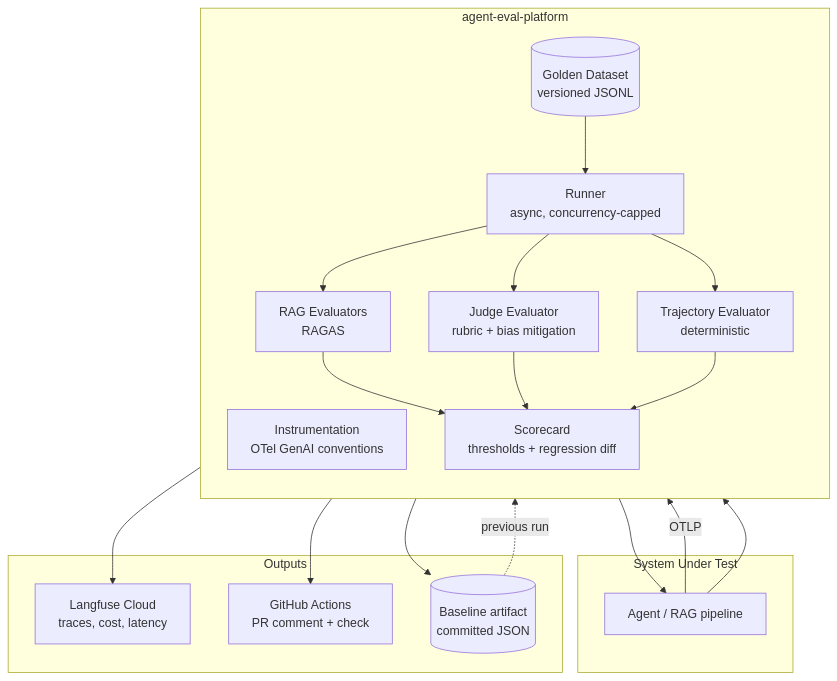
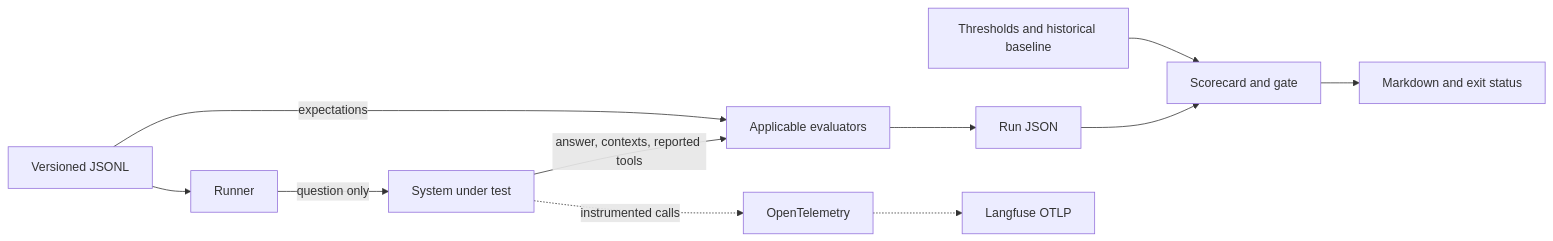
One commit to marvicqui/agent-eval-platform changed the diagram in README.md. Above: the diagram before and after it, drawn with Mermaid. The commit also changed other lines of this file and 20 other files, not shown here.

````diff
--- a/README.md
+++ b/README.md
@@ -21,31 +60,13 @@
 ```mermaid
-flowchart TB
-    subgraph SUT["System Under Test"]
-        A[Agent / RAG pipeline]
-    end
-
-    subgraph AEP["agent-eval-platform"]
-        direction TB
-        I[Instrumentation<br/>OTel GenAI conventions]
-        D[(Golden Dataset<br/>versioned JSONL)]
-        R[Runner<br/>async, concurrency-capped]
-        E1[RAG Evaluators<br/>RAGAS]
-        E2[Judge Evaluator<br/>rubric + bias mitigation]
-        E3[Trajectory Evaluator<br/>deterministic]
-        S[Scorecard<br/>thresholds + regression diff]
-    end
-
-    subgraph OUT["Outputs"]
-        LF[Langfuse Cloud<br/>traces, cost, latency]
-        GH[GitHub Actions<br/>PR comment + check]
-        AR[(Baseline artifact<br/>committed JSON)]
-    end
-
-    A -->|OTLP| I --> LF
-    D --> R --> A
-    A --> R
-    R --> E1 & E2 & E3 --> S
-    S --> GH
-    S --> AR
-    AR -.->|previous run| S
+flowchart LR
+    D[Versioned JSONL] --> R[Runner]
+    R -->|question only| S[System under test]
+    S -->|answer, contexts, reported tools| E[Applicable evaluators]
+    D -->|expectations| E
+    E --> J[Run JSON]
+    J --> C[Scorecard and gate]
+    T[Thresholds and historical baseline] --> C
+    C --> M[Markdown and exit status]
+    S -.->|instrumented calls| O[OpenTelemetry]
+    O -.-> L[Langfuse OTLP]
 ```
````
